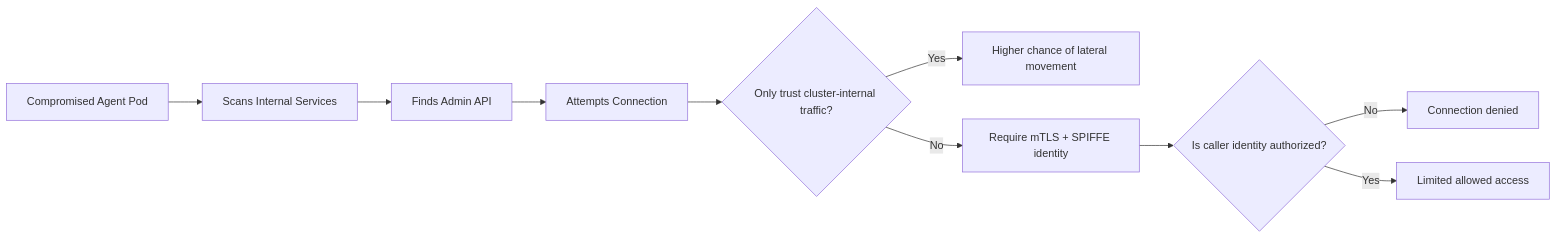
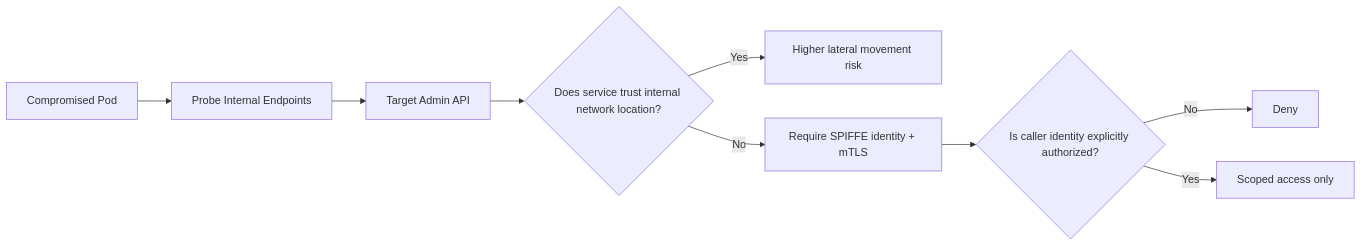
One commit to babywyrm/sysadmin changed the third of 8 diagrams in modeling/spire/redteam__.md. Above: the diagram before and after it, drawn with Mermaid. The commit also changed other lines of this file, not shown here.

````diff
--- a/modeling/spire/redteam__.md
+++ b/modeling/spire/redteam__.md
@@ -152,13 +257,11 @@
 ```mermaid
 flowchart LR
-    A[Compromised Agent Pod] --> B[Scans Internal Services]
-    B --> C[Finds Admin API]
-    C --> D[Attempts Connection]
-
-    D --> E{Only trust cluster-internal traffic?}
-    E -- Yes --> F[Higher chance of lateral movement]
-    E -- No --> G[Require mTLS + SPIFFE identity]
-    G --> H{Is caller identity authorized?}
-    H -- No --> I[Connection denied]
-    H -- Yes --> J[Limited allowed access]
+    A[Compromised Pod] --> B[Probe Internal Endpoints]
+    B --> C[Target Admin API]
+    C --> D{Does service trust internal network location?}
+    D -- Yes --> E[Higher lateral movement risk]
+    D -- No --> F[Require SPIFFE identity + mTLS]
+    F --> G{Is caller identity explicitly authorized?}
+    G -- No --> H[Deny]
+    G -- Yes --> I[Scoped access only]
 ```
````
